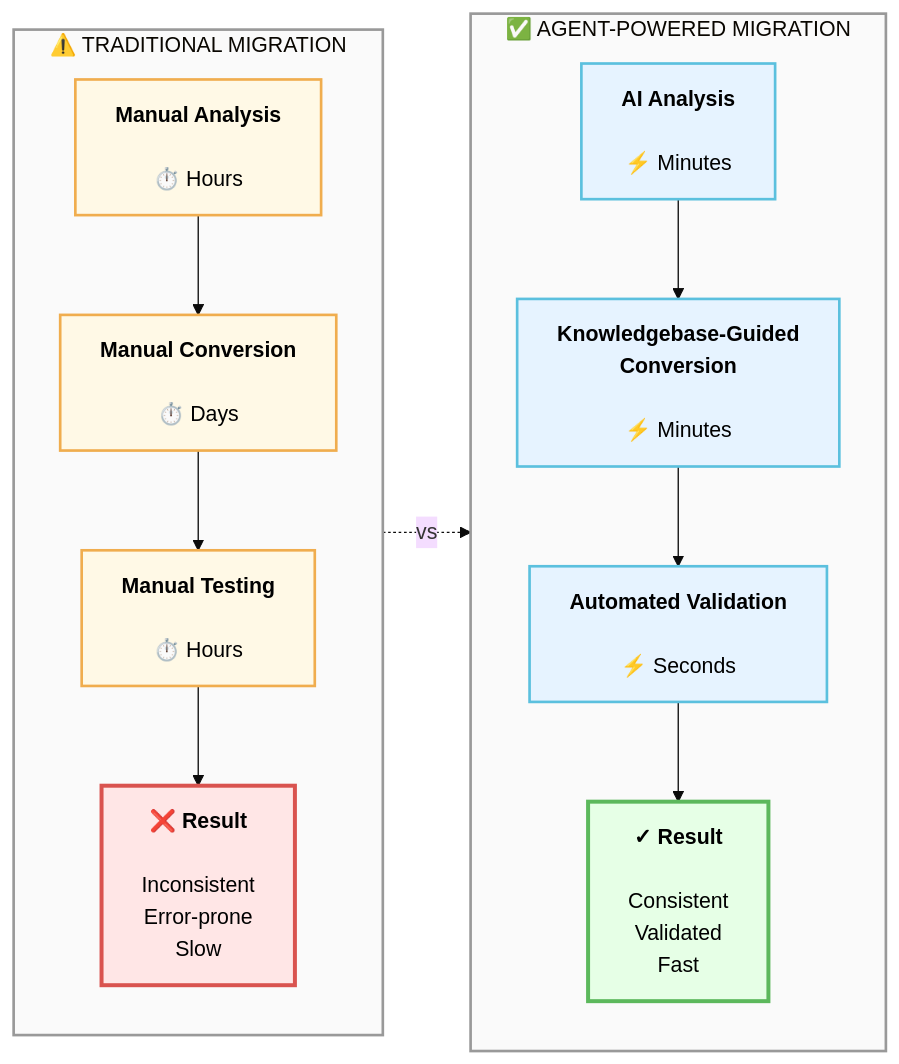
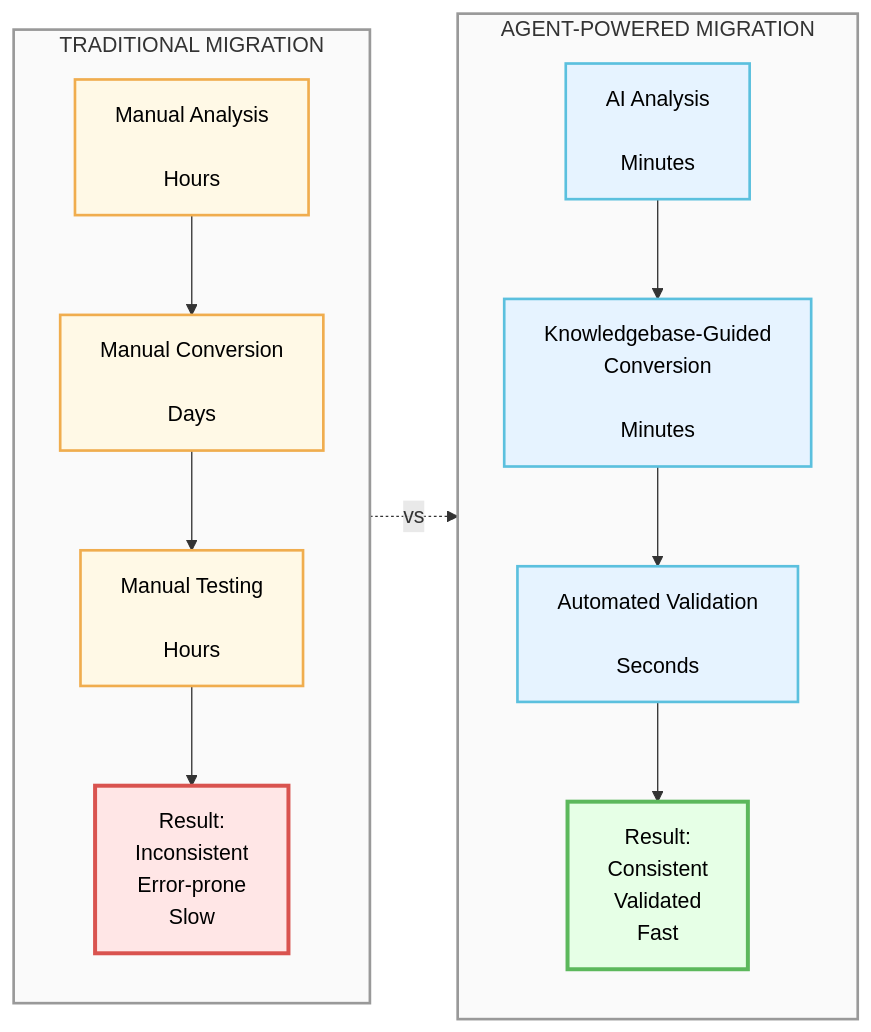
The first of 4 diagrams in README.md (github/actions-migrations-via-copilot), drawn with Mermaid before and after one commit.

Commit message:
trying again

````diff
--- a/README.md
+++ b/README.md
@@ -21,38 +21,37 @@
 ```mermaid
-%%{init: {'theme':'base', 'themeVariables': { 'fontSize':'16px'}}}%%
 graph LR
-    subgraph Traditional["⚠️  TRADITIONAL MIGRATION"]
+    subgraph Traditional[" TRADITIONAL MIGRATION "]
         direction TB
-        T1["<b>Manual Analysis</b><br/><br/>⏱️ Hours"]
-        T2["<b>Manual Conversion</b><br/><br/>⏱️ Days"]
-        T3["<b>Manual Testing</b><br/><br/>⏱️ Hours"]
-        T4["<b>❌ Result</b><br/><br/>Inconsistent<br/>Error-prone<br/>Slow"]
+        T1["Manual Analysis<br/><br/>Hours"]
+        T2["Manual Conversion<br/><br/>Days"]
+        T3["Manual Testing<br/><br/>Hours"]
+        T4["Result:<br/>Inconsistent<br/>Error-prone<br/>Slow"]
 
         T1 --> T2 --> T3 --> T4
 
         style T1 fill:#fff9e6,stroke:#f0ad4e,stroke-width:2px,color:#000
         style T2 fill:#fff9e6,stroke:#f0ad4e,stroke-width:2px,color:#000
         style T3 fill:#fff9e6,stroke:#f0ad4e,stroke-width:2px,color:#000
         style T4 fill:#ffe6e6,stroke:#d9534f,stroke-width:3px,color:#000
     end
 
-    subgraph Agent["✅  AGENT-POWERED MIGRATION"]
+    subgraph Agent[" AGENT-POWERED MIGRATION "]
         direction TB
-        A1["<b>AI Analysis</b><br/><br/>⚡ Minutes"]
-        A2["<b>Knowledgebase-Guided<br/>Conversion</b><br/><br/>⚡ Minutes"]
-        A3["<b>Automated Validation</b><br/><br/>⚡ Seconds"]
-        A4["<b>✓ Result</b><br/><br/>Consistent<br/>Validated<br/>Fast"]
+        A1["AI Analysis<br/><br/>Minutes"]
+        A2["Knowledgebase-Guided<br/>Conversion<br/><br/>Minutes"]
+        A3["Automated Validation<br/><br/>Seconds"]
+        A4["Result:<br/>Consistent<br/>Validated<br/>Fast"]
 
         A1 --> A2 --> A3 --> A4
 
         style A1 fill:#e6f3ff,stroke:#5bc0de,stroke-width:2px,color:#000
         style A2 fill:#e6f3ff,stroke:#5bc0de,stroke-width:2px,color:#000
         style A3 fill:#e6f3ff,stroke:#5bc0de,stroke-width:2px,color:#000
         style A4 fill:#e6ffe6,stroke:#5cb85c,stroke-width:3px,color:#000
     end
 
-    Traditional -.->|"vs"| Agent
+    Traditional -.->|vs| Agent
 
     style Traditional fill:#fafafa,stroke:#999,stroke-width:2px
     style Agent fill:#fafafa,stroke:#999,stroke-width:2px
 ```
````
